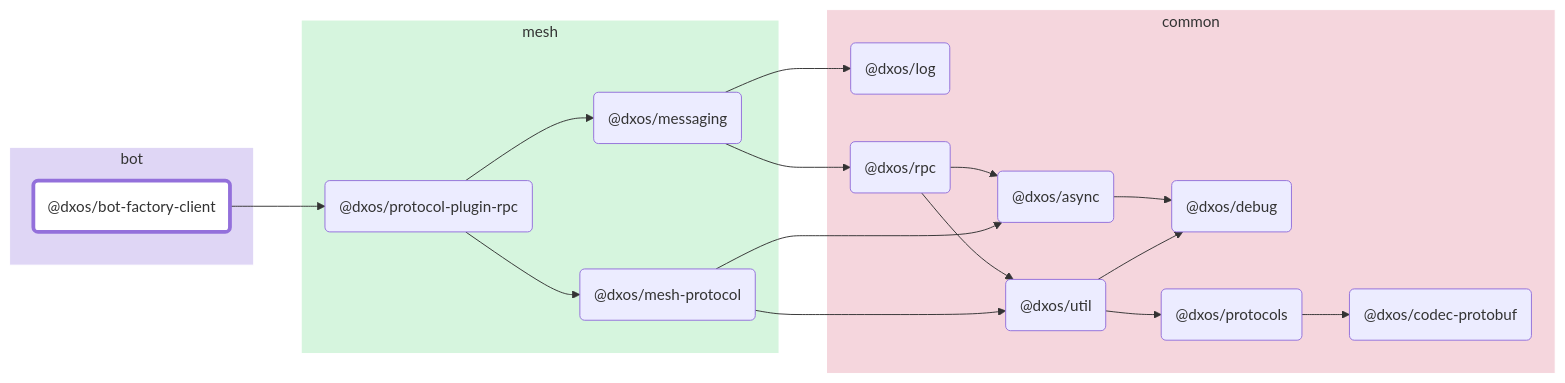
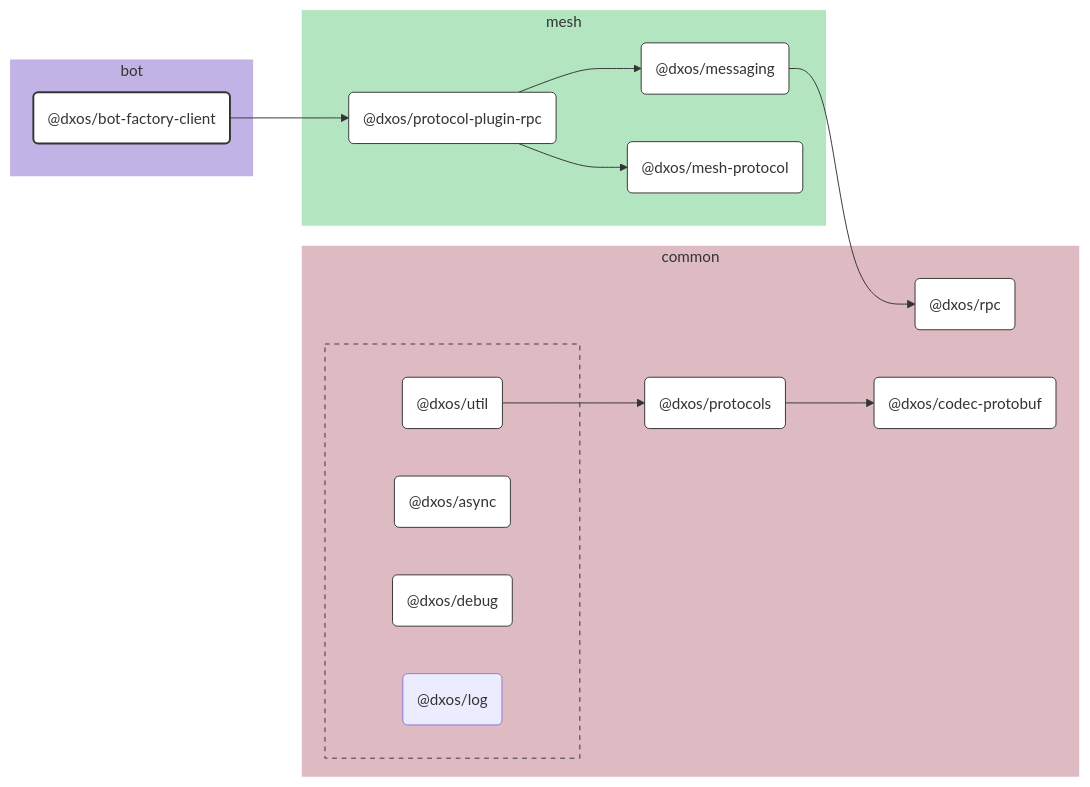
The diagram in packages/bot/bot-factory-client/docs/README.md (dxos/dxos), drawn with Mermaid before and after one commit. The commit also changed 100 other files, not shown here.

````diff
--- a/packages/bot/bot-factory-client/docs/README.md
+++ b/packages/bot/bot-factory-client/docs/README.md
@@ -7,52 +7,74 @@
 ```mermaid
-flowchart LR;
+%%{ init: {'flowchart':{'curve':'basis'}} }%%
 
-style dxos/bot-factory-client fill:#fff,stroke-width:4px;
+flowchart LR
 
-click dxos/async "https:/github.com/dxos/dxos/tree/main/packages/common/async/docs";
-click dxos/debug "https:/github.com/dxos/dxos/tree/main/packages/common/debug/docs";
-click dxos/codec-protobuf "https:/github.com/dxos/dxos/tree/main/packages/common/codec-protobuf/docs";
-click dxos/protocol-plugin-rpc "https:/github.com/dxos/dxos/tree/main/packages/mesh/protocol-plugin-rpc/docs";
-click dxos/messaging "https:/github.com/dxos/dxos/tree/main/packages/mesh/messaging/docs";
-click dxos/mesh-protocol "https:/github.com/dxos/dxos/tree/main/packages/mesh/mesh-protocol/docs";
-click dxos/rpc "https:/github.com/dxos/dxos/tree/main/packages/common/rpc/docs";
-click dxos/util "https:/github.com/dxos/dxos/tree/main/packages/common/util/docs";
-click dxos/protocols "https:/github.com/dxos/dxos/tree/main/packages/common/protocols/docs";
+%% Links
+dxos/bot-factory-client --> dxos/protocol-plugin-rpc;
+dxos/messaging --> dxos/rpc;
+dxos/protocol-plugin-rpc --> dxos/mesh-protocol;
+dxos/protocol-plugin-rpc --> dxos/messaging;
+dxos/protocols --> dxos/codec-protobuf;
+dxos/util --> dxos/protocols;
 
+%% Sections
 subgraph bot
-  style bot fill:#dfd6f5,stroke:#fff;
-  dxos/bot-factory-client("@dxos/bot-factory-client");
+  style bot fill:#c2b3e6,stroke:#fff;
+
+  dxos/bot-factory-client("@dxos/bot-factory-client")
 end
 
 subgraph common
-  style common fill:#f5d6dd,stroke:#fff;
-  dxos/async("@dxos/async");
-  dxos/debug("@dxos/debug");
-  dxos/codec-protobuf("@dxos/codec-protobuf");
-  dxos/log("@dxos/log");
-  dxos/protocols("@dxos/protocols");
-  dxos/rpc("@dxos/rpc");
-  dxos/util("@dxos/util");
+  style common fill:#debac2,stroke:#fff;
+
+  dxos/codec-protobuf("@dxos/codec-protobuf")
+  dxos/protocols("@dxos/protocols")
+  dxos/rpc("@dxos/rpc")
+
+  subgraph common-excluded [ ]
+    style common-excluded fill:#debac2,stroke:#333,stroke-dasharray:5 5;
+
+    dxos/async("@dxos/async")
+    dxos/debug("@dxos/debug")
+    dxos/log("@dxos/log")
+    dxos/util("@dxos/util")
+  end
 end
 
 subgraph mesh
-  style mesh fill:#d6f5de,stroke:#fff;
-  dxos/protocol-plugin-rpc("@dxos/protocol-plugin-rpc");
-  dxos/messaging("@dxos/messaging");
-  dxos/mesh-protocol("@dxos/mesh-protocol");
+  style mesh fill:#b3e6c0,stroke:#fff;
+
+  dxos/mesh-protocol("@dxos/mesh-protocol")
+  dxos/messaging("@dxos/messaging")
+  dxos/protocol-plugin-rpc("@dxos/protocol-plugin-rpc")
 end
 
-dxos/async --> dxos/debug;
-dxos/bot-factory-client --> dxos/protocol-plugin-rpc;
-dxos/protocol-plugin-rpc --> dxos/messaging;
-dxos/messaging --> dxos/log;
-dxos/protocols --> dxos/codec-protobuf;
-dxos/messaging --> dxos/rpc;
-dxos/rpc --> dxos/async;
-dxos/rpc --> dxos/util;
-dxos/util --> dxos/debug;
-dxos/util --> dxos/protocols;
-dxos/protocol-plugin-rpc --> dxos/mesh-protocol;
-dxos/mesh-protocol --> dxos/async;
-dxos/mesh-protocol --> dxos/util;
+
+%% Hyperlinks
+click dxos/async href "https:/github.com/dxos/dxos/tree/main/packages/common/async/docs";
+click dxos/codec-protobuf href "https:/github.com/dxos/dxos/tree/main/packages/common/codec-protobuf/docs";
+click dxos/debug href "https:/github.com/dxos/dxos/tree/main/packages/common/debug/docs";
+click dxos/mesh-protocol href "https:/github.com/dxos/dxos/tree/main/packages/mesh/mesh-protocol/docs";
+click dxos/messaging href "https:/github.com/dxos/dxos/tree/main/packages/mesh/messaging/docs";
+click dxos/protocol-plugin-rpc href "https:/github.com/dxos/dxos/tree/main/packages/mesh/protocol-plugin-rpc/docs";
+click dxos/protocols href "https:/github.com/dxos/dxos/tree/main/packages/common/protocols/docs";
+click dxos/rpc href "https:/github.com/dxos/dxos/tree/main/packages/common/rpc/docs";
+click dxos/util href "https:/github.com/dxos/dxos/tree/main/packages/common/util/docs";
+
+%% Styles
+classDef rootNode fill:#fff,stroke:#333,stroke-width:2px
+classDef defaultNode fill:#fff,stroke:#333,stroke-width:1px
+linkStyle default stroke:#333,stroke-width:1px
+
+dxos/bot-factory-client:::rootNode
+
+dxos/async:::defaultNode
+dxos/codec-protobuf:::defaultNode
+dxos/debug:::defaultNode
+dxos/mesh-protocol:::defaultNode
+dxos/messaging:::defaultNode
+dxos/protocol-plugin-rpc:::defaultNode
+dxos/protocols:::defaultNode
+dxos/rpc:::defaultNode
+dxos/util:::defaultNode
 ```
````
